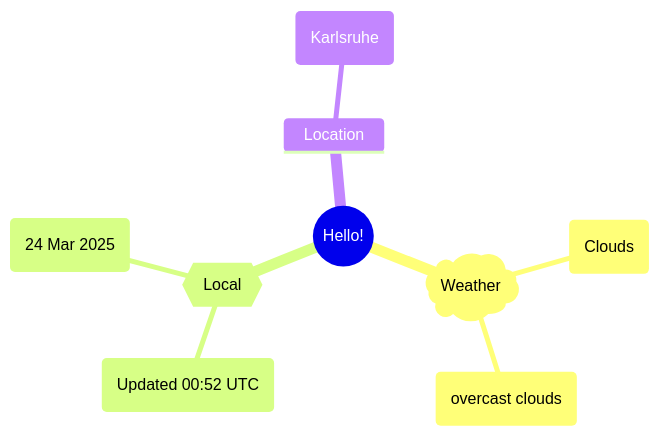
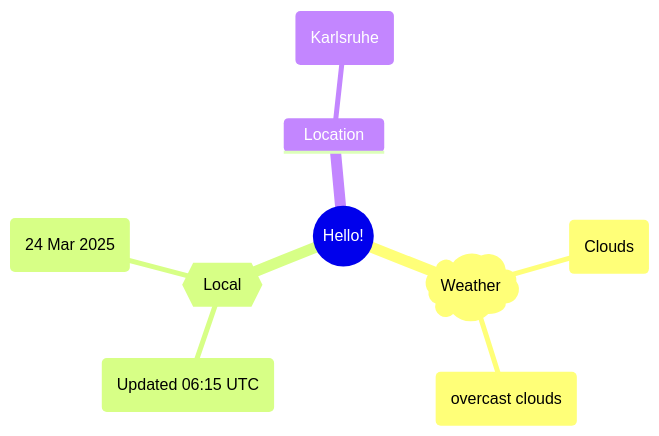
Before and after one commit to Xosrov/Xosrov: the first of 2 diagrams in README.md, drawn with Mermaid.

Commit message:
[bot] updated images

````diff
--- a/README.md
+++ b/README.md
@@ -3,12 +3,12 @@
 ```mermaid
 mindmap
   root((Hello!))
     )Weather(
         (Clouds)
         (overcast clouds)
     {{Local}}
-        (Updated 00:52 UTC)
+        (Updated 06:15 UTC)
         (24 Mar 2025)
     Location
         (Karlsruhe)
 ```
````
